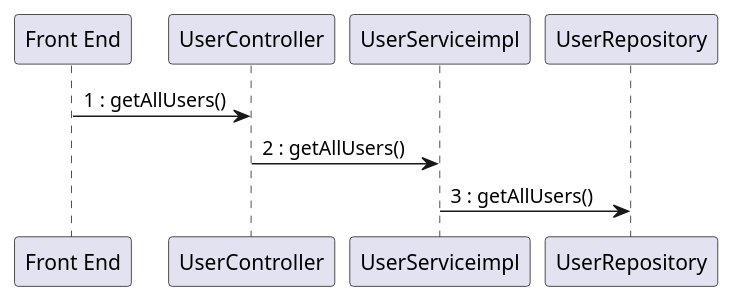
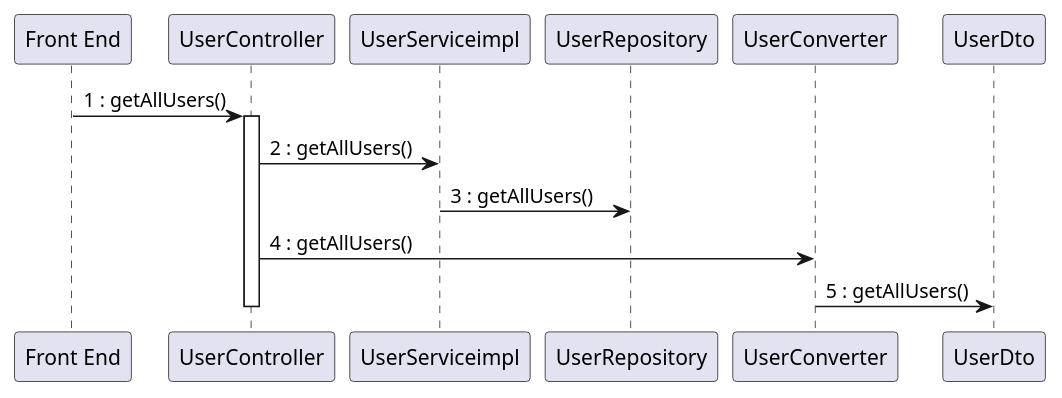
Diagram 13 of 15 in docs/DesignDocument.md (mosTavassoli/ezgas), drawn with PlantUML before and after one commit. The commit also changed other lines of this file, not shown here.

Commit message:
docs(DesignDocument): fix traceability matrix, improve sequence diagrams and fill class diagram classes with methods and attributes

````diff
--- a/docs/DesignDocument.md
+++ b/docs/DesignDocument.md
@@ -442,7 +655,11 @@
 ```plantuml
 
 "Front End" -> UserController:1 : getAllUsers()
+activate UserController
 UserController -> UserServiceimpl:2 : getAllUsers()
 UserServiceimpl -> UserRepository:3 : getAllUsers()
+UserController -> UserConverter:4 : getAllUsers()
+UserConverter -> UserDto:5 : getAllUsers()
+deactivate UserController
 
 ```
````
